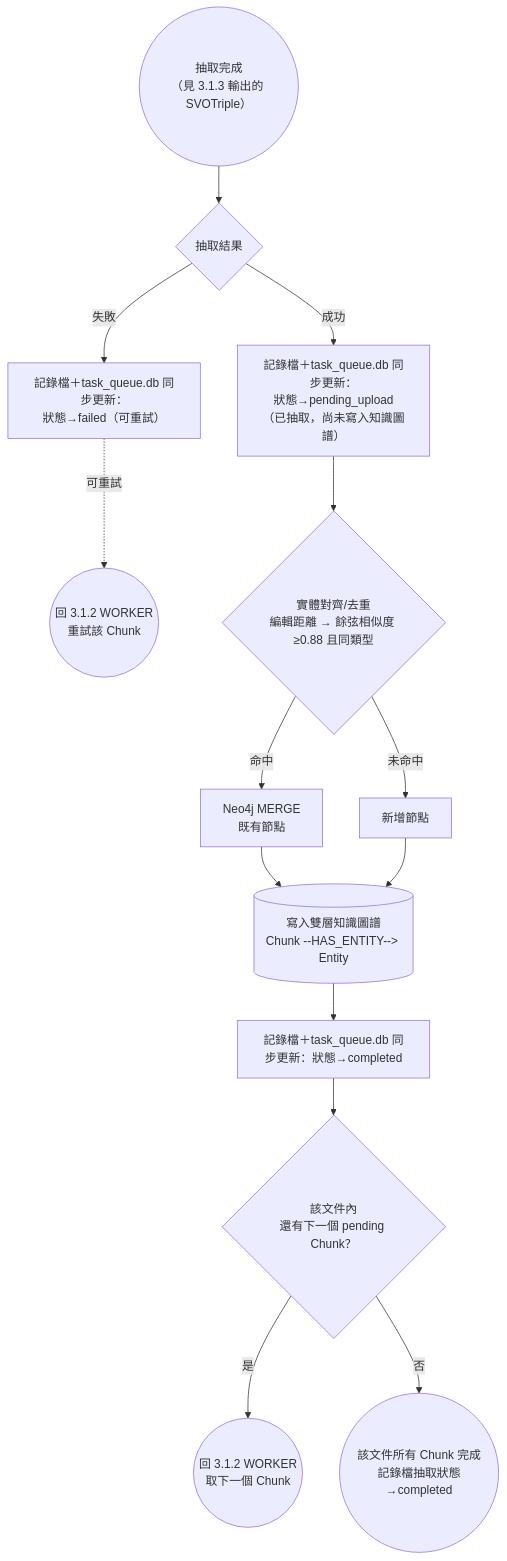
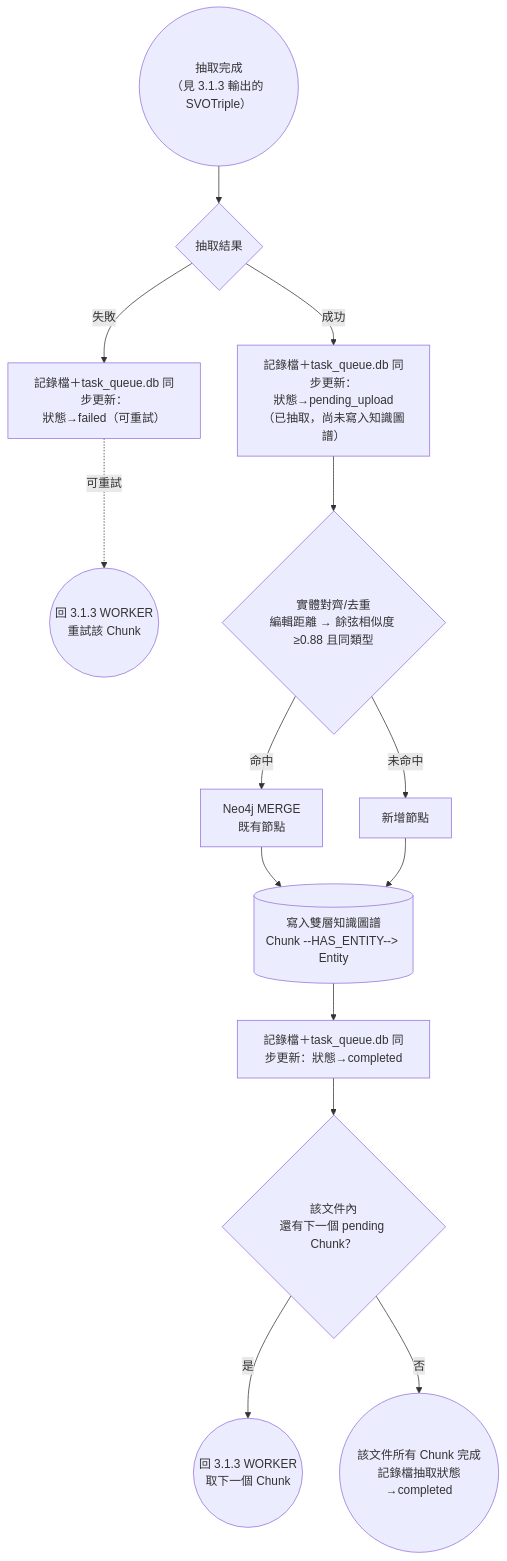
Before and after one commit to Chester930/world-knowledge-graph-rag: the sixth of 12 diagrams in docs/論文/03_系統設計與方法論.md, drawn with Mermaid. The commit also changed other lines of this file, not shown here.

First line of the commit message:
docs(論文): 3.1.2 拆出佇列消費者端（Worker/PROC）至 3.1.3，生產者/消費者分工更乾淨

````diff
--- a/docs/論文/03_系統設計與方法論.md
+++ b/docs/論文/03_系統設計與方法論.md
@@ -238,17 +237,17 @@
 ```mermaid
 flowchart TD
     HANDOFF4(("抽取完成<br/>（見 3.1.3 輸出的 SVOTriple）")) --> RESULT{"抽取結果"}
     RESULT -->|成功| UPLOAD["記錄檔＋task_queue.db 同步更新：<br/>狀態→pending_upload<br/>（已抽取，尚未寫入知識圖譜）"]
     RESULT -->|失敗| FAIL["記錄檔＋task_queue.db 同步更新：<br/>狀態→failed（可重試）"]
-    FAIL -.->|可重試| RETRY(("回 3.1.2 WORKER<br/>重試該 Chunk"))
+    FAIL -.->|可重試| RETRY(("回 3.1.3 WORKER<br/>重試該 Chunk"))
 
     UPLOAD --> DEDUP4{"實體對齊/去重<br/>編輯距離 → 餘弦相似度 ≥0.88 且同類型"}
     DEDUP4 -->|命中| MERGE4["Neo4j MERGE<br/>既有節點"]
     DEDUP4 -->|未命中| CREATE4["新增節點"]
     MERGE4 --> KG4[("寫入雙層知識圖譜<br/>Chunk --HAS_ENTITY--> Entity")]
     CREATE4 --> KG4
     KG4 --> DONE4["記錄檔＋task_queue.db 同步更新：狀態→completed"]
     DONE4 --> NEXT4{"該文件內<br/>還有下一個 pending Chunk？"}
-    NEXT4 -->|是| RETRY2(("回 3.1.2 WORKER<br/>取下一個 Chunk"))
+    NEXT4 -->|是| RETRY2(("回 3.1.3 WORKER<br/>取下一個 Chunk"))
     NEXT4 -->|否| IDLE4(("該文件所有 Chunk 完成<br/>記錄檔抽取狀態→completed"))
 ```
````
